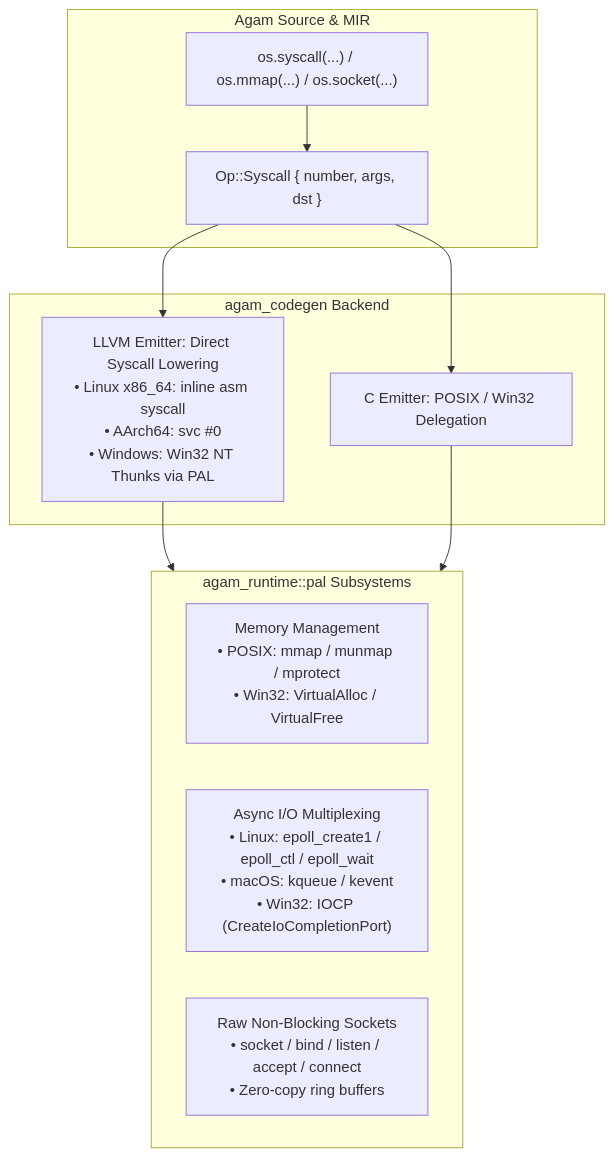
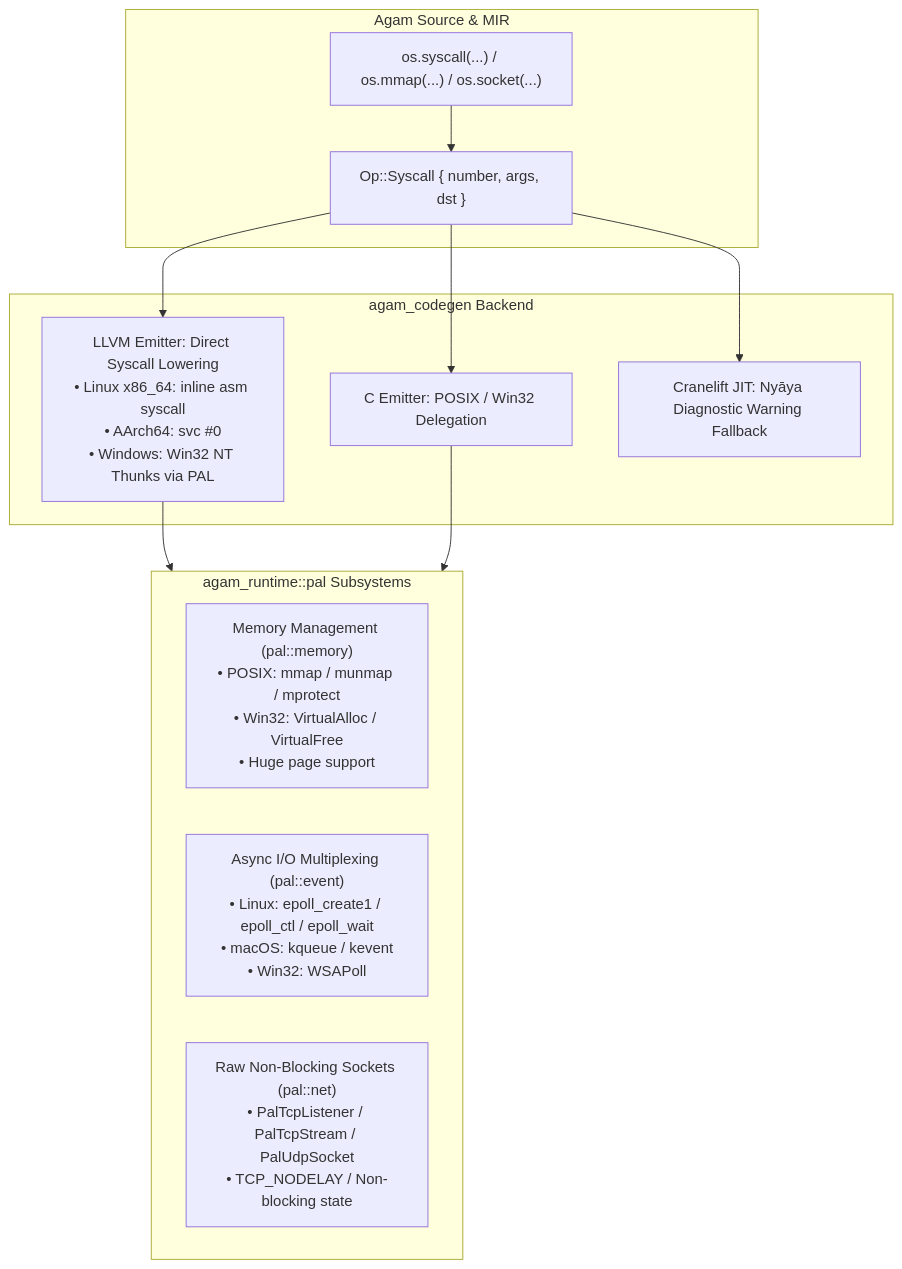
Before and after one commit to agam-lang/Agam-Lang: the diagram in .agent/specs/active/details/STAGE-03-direct-syscalls-pal.md, drawn with Mermaid. The commit also changed other lines of this file and 4 other files, not shown here.

````diff
--- a/.agent/specs/active/details/STAGE-03-direct-syscalls-pal.md
+++ b/.agent/specs/active/details/STAGE-03-direct-syscalls-pal.md
@@ -17,24 +17,26 @@
 ```mermaid
 flowchart TD
     subgraph Language["Agam Source & MIR"]
         Src["os.syscall(...) / os.mmap(...) / os.socket(...)"]
         MIR["Op::Syscall { number, args, dst }"]
     end
 
     subgraph Codegen["agam_codegen Backend"]
         LLVM["LLVM Emitter: Direct Syscall Lowering\n• Linux x86_64: inline asm syscall\n• AArch64: svc #0\n• Windows: Win32 NT Thunks via PAL"]
         CBackend["C Emitter: POSIX / Win32 Delegation"]
+        JIT["Cranelift JIT: Nyāya Diagnostic Warning Fallback"]
     end
 
     subgraph PAL["agam_runtime::pal Subsystems"]
-        Mem["Memory Management\n• POSIX: mmap / munmap / mprotect\n• Win32: VirtualAlloc / VirtualFree"]
-        EventLoop["Async I/O Multiplexing\n• Linux: epoll_create1 / epoll_ctl / epoll_wait\n• macOS: kqueue / kevent\n• Win32: IOCP (CreateIoCompletionPort)"]
-        Net["Raw Non-Blocking Sockets\n• socket / bind / listen / accept / connect\n• Zero-copy ring buffers"]
+        Mem["Memory Management (pal::memory)\n• POSIX: mmap / munmap / mprotect\n• Win32: VirtualAlloc / VirtualFree\n• Huge page support"]
+        EventLoop["Async I/O Multiplexing (pal::event)\n• Linux: epoll_create1 / epoll_ctl / epoll_wait\n• macOS: kqueue / kevent\n• Win32: WSAPoll"]
+        Net["Raw Non-Blocking Sockets (pal::net)\n• PalTcpListener / PalTcpStream / PalUdpSocket\n• TCP_NODELAY / Non-blocking state"]
     end
 
     Src --> MIR
     MIR --> LLVM
     MIR --> CBackend
+    MIR --> JIT
     LLVM --> PAL
     CBackend --> PAL
 ```
````
